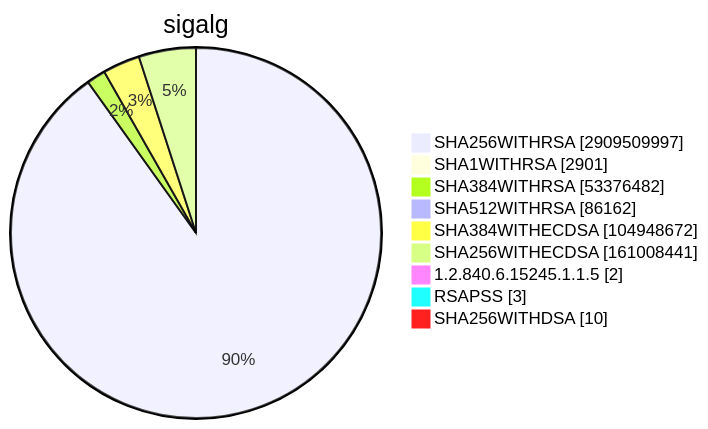
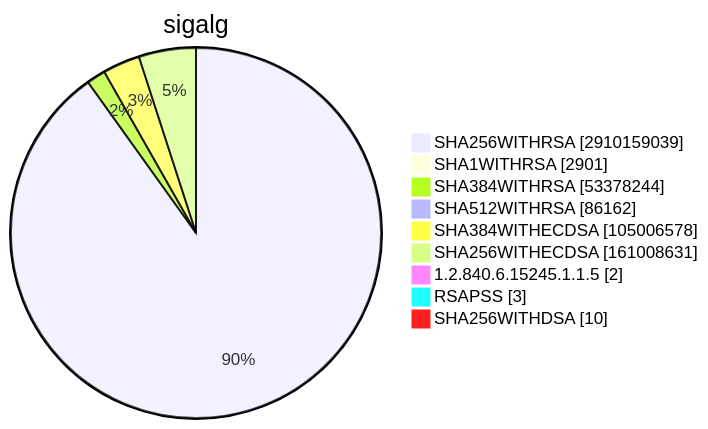
Diagram 15 of 15 in TOTAL/README.md (christiankrug/ctmonitor_visualization), drawn with Mermaid before and after one commit. The commit also changed other lines of this file, not shown here.

````diff
--- a/TOTAL/README.md
+++ b/TOTAL/README.md
@@ -6207,13 +6207,13 @@
 ```mermaid
 pie showData
 title sigalg
-"SHA256WITHRSA" :2909509997
+"SHA256WITHRSA" :2910159039
 "SHA1WITHRSA" :2901
-"SHA384WITHRSA" :53376482
+"SHA384WITHRSA" :53378244
 "SHA512WITHRSA" :86162
-"SHA384WITHECDSA" :104948672
-"SHA256WITHECDSA" :161008441
+"SHA384WITHECDSA" :105006578
+"SHA256WITHECDSA" :161008631
 "1.2.840.6.15245.1.1.5" :2
 "RSAPSS" :3
 "SHA256WITHDSA" :10
 ```
````
